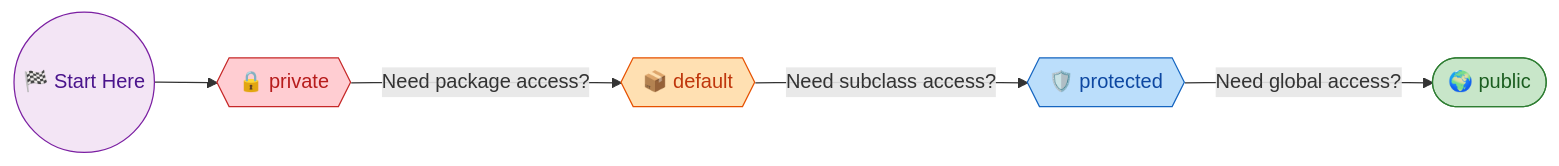
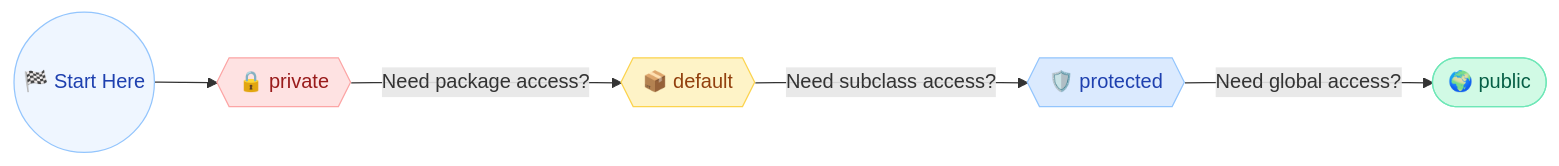
The third of 3 diagrams in docs/java/AccessModifiers.md (saivamsikaruturi/vamsilabs-dev-notes-main), drawn with Mermaid before and after one commit. The commit also changed other lines of this file and 220 other files, not shown here.

First line of the commit message:
Add 50+ new Java/Spring Boot pages, rewrite CSS code blocks to Oracle style, fix all diagram colors

````diff
--- a/docs/java/AccessModifiers.md
+++ b/docs/java/AccessModifiers.md
@@ -149,13 +149,13 @@
 ```mermaid
 flowchart LR
-    START(("🏁 Start Here")):::start --> PRIV{{"🔒 private"}}:::red
-    PRIV -->|"Need package access?"| DEF{{"📦 default"}}:::orange
-    DEF -->|"Need subclass access?"| PROT{{"🛡️ protected"}}:::blue
-    PROT -->|"Need global access?"| PUB(["🌍 public"]):::green
+    START(("🏁 Start Here")) --> PRIV{{"🔒 private"}}
+    PRIV -->|"Need package access?"| DEF{{"📦 default"}}
+    DEF -->|"Need subclass access?"| PROT{{"🛡️ protected"}}
+    PROT -->|"Need global access?"| PUB(["🌍 public"])
 
-    classDef start fill:#F3E5F5,stroke:#7B1FA2,color:#4A148C
-    classDef red fill:#FFCDD2,stroke:#C62828,color:#B71C1C
-    classDef orange fill:#FFE0B2,stroke:#E65100,color:#BF360C
-    classDef blue fill:#BBDEFB,stroke:#1565C0,color:#0D47A1
-    classDef green fill:#C8E6C9,stroke:#2E7D32,color:#1B5E20
+    style START fill:#EFF6FF,stroke:#93C5FD,color:#1E40AF
+    style PRIV fill:#FEE2E2,stroke:#FCA5A5,color:#991B1B
+    style DEF fill:#FEF3C7,stroke:#FCD34D,color:#92400E
+    style PROT fill:#DBEAFE,stroke:#93C5FD,color:#1E40AF
+    style PUB fill:#D1FAE5,stroke:#6EE7B7,color:#065F46
 ```
````
